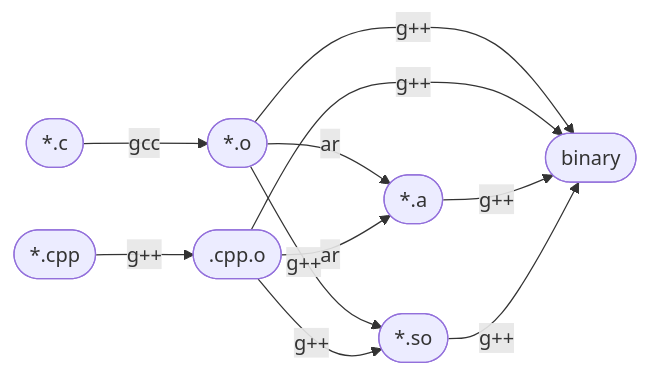
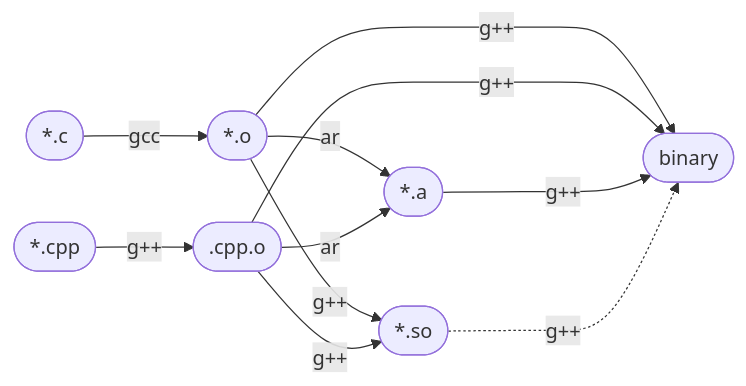
The third of 3 diagrams in README.md (lankahsu520/CvsCPPmixer), drawn with Mermaid before and after one commit.

````diff
--- a/README.md
+++ b/README.md
@@ -101,25 +101,25 @@
 ```mermaid
 flowchart LR
 	*.c([*.c])
 	*.cpp([*.cpp])
 	*.o([*.o]) 
 	*.cpp.o([.cpp.o]) 
 	*.a([*.a]) 
 	*.so([*.so])
 	binary([binary])
 
 	*.c --> |gcc| *.o
 	*.cpp --> |g++| *.cpp.o
 	
 	*.o --> |ar| *.a
 	*.cpp.o --> |ar| *.a
 
 	*.o --> |g++|*.so
 	*.cpp.o --> |g++|*.so
 	
 	*.o --> |g++|binary
 	*.cpp.o --> |g++|binary
 	*.a --> |g++|binary
-	*.so --> |g++|binary
+	*.so ..-> |g++|binary
 		
 ```
````
